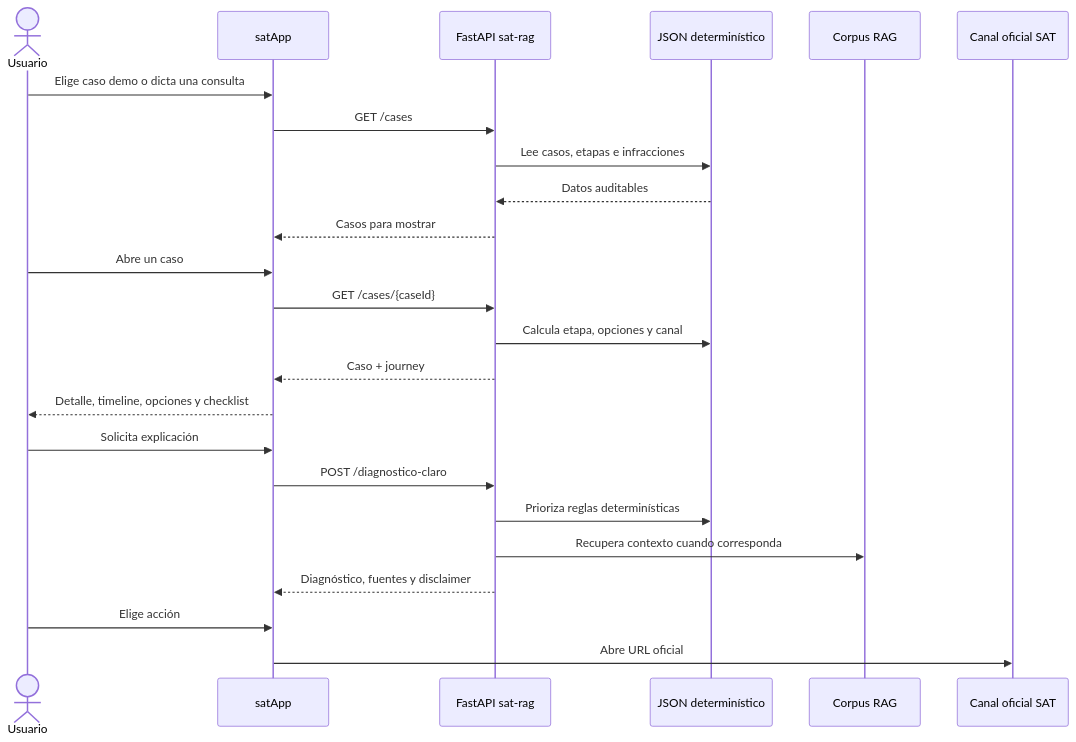
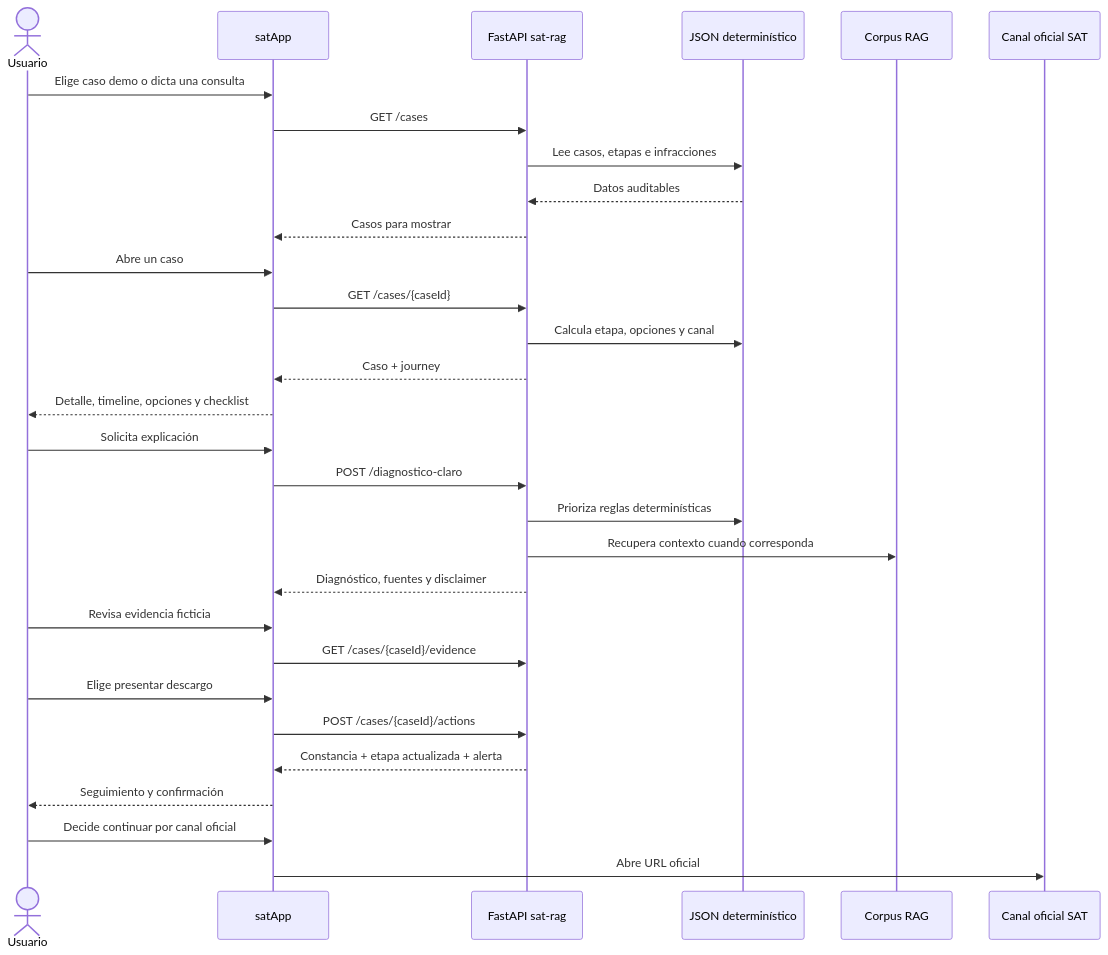
The diagram in docs/flujo-end-to-end.md (eduardo202020/satApp), drawn with Mermaid before and after one commit. The commit also changed other lines of this file and 17 other files, not shown here.

````diff
--- a/docs/flujo-end-to-end.md
+++ b/docs/flujo-end-to-end.md
@@ -31,27 +31,33 @@
 ```mermaid
 sequenceDiagram
     actor U as Usuario
     participant A as satApp
     participant API as FastAPI sat-rag
     participant D as JSON determinístico
     participant R as Corpus RAG
     participant S as Canal oficial SAT
 
     U->>A: Elige caso demo o dicta una consulta
     A->>API: GET /cases
     API->>D: Lee casos, etapas e infracciones
     D-->>API: Datos auditables
     API-->>A: Casos para mostrar
     U->>A: Abre un caso
     A->>API: GET /cases/{caseId}
     API->>D: Calcula etapa, opciones y canal
     API-->>A: Caso + journey
     A-->>U: Detalle, timeline, opciones y checklist
     U->>A: Solicita explicación
     A->>API: POST /diagnostico-claro
     API->>D: Prioriza reglas determinísticas
     API->>R: Recupera contexto cuando corresponda
     API-->>A: Diagnóstico, fuentes y disclaimer
-    U->>A: Elige acción
+    U->>A: Revisa evidencia ficticia
+    A->>API: GET /cases/{caseId}/evidence
+    U->>A: Elige presentar descargo
+    A->>API: POST /cases/{caseId}/actions
+    API-->>A: Constancia + etapa actualizada + alerta
+    A-->>U: Seguimiento y confirmación
+    U->>A: Decide continuar por canal oficial
     A->>S: Abre URL oficial
 ```
````
